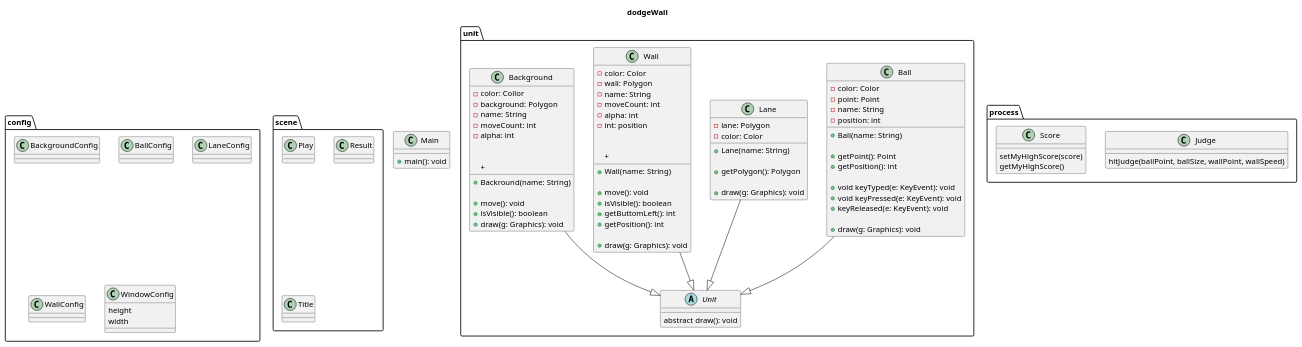
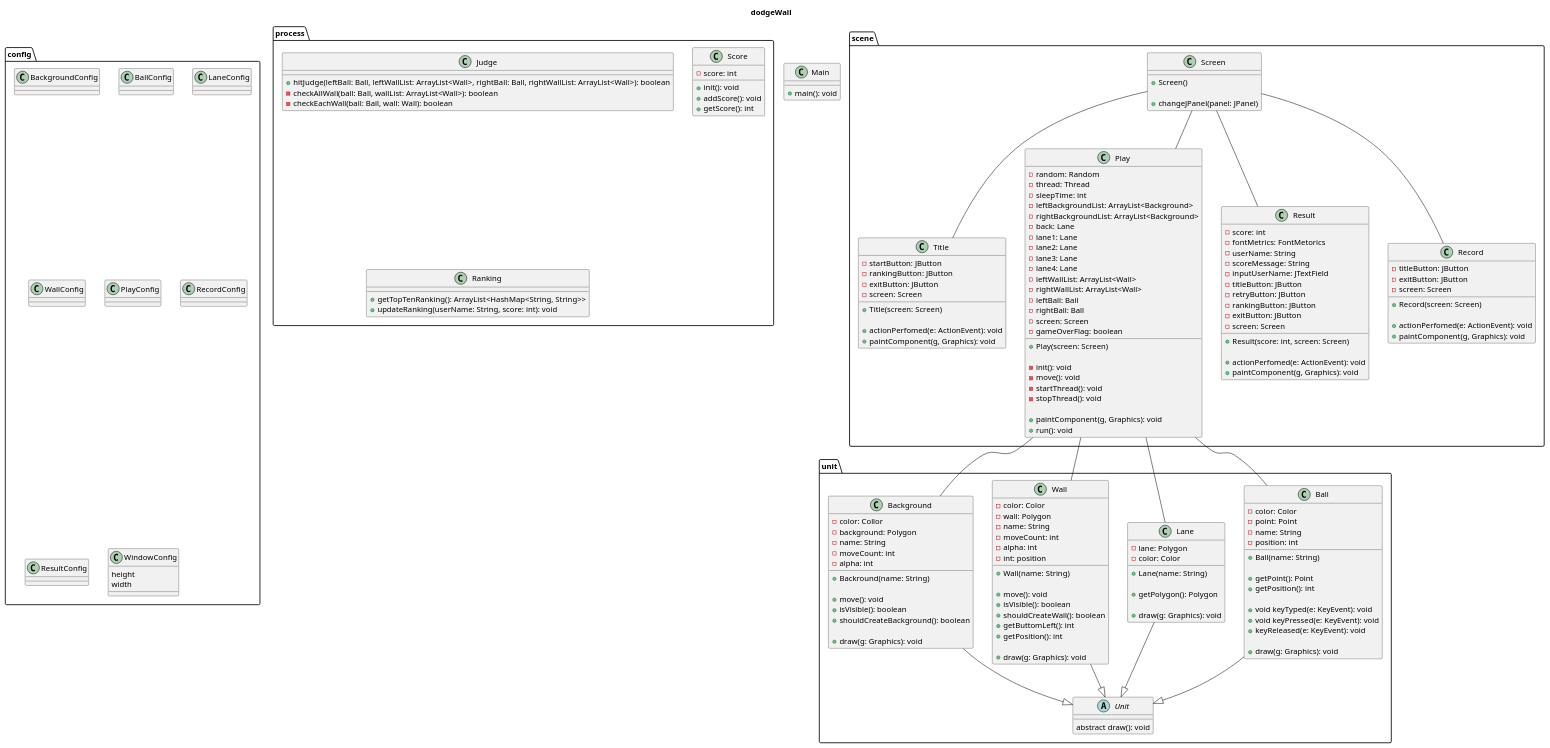
One commit to tokutatsu/DodgeWall changed the diagram in documents/uml/class/class.pu. Above: the diagram before and after it, drawn with PlantUML. The commit also changed 1 other file, not shown here.

Commit message:
config以外のクラス図を完成させた #3

```diff
--- a/documents/uml/class/class.pu
+++ b/documents/uml/class/class.pu
@@ -1,5 +1,9 @@
 @startuml class
 title dodgeWall
+
+class Main {
+    + main(): void
+}
 
 package unit {
     abstract Unit {
@@ -47,7 +51,7 @@
 
         + move(): void
         + isVisible(): boolean
-        + 
+        + shouldCreateWall(): boolean
         + getButtomLeft(): int
         + getPosition(): int
 
@@ -65,7 +69,7 @@
 
         + move(): void
         + isVisible(): boolean
-        +
+        + shouldCreateBackground(): boolean
 
         + draw(g: Graphics): void
     }
@@ -73,6 +77,7 @@
 
 package config {
     class BackgroundConfig {
+
     }
     
     class BallConfig {
@@ -87,6 +92,18 @@
 
     }
 
+    class PlayConfig {
+
+    }
+
+    class RecordConfig {
+
+    }
+
+    class ResultConfig {
+
+    }
+
     class WindowConfig {
         height
         width
@@ -94,32 +111,102 @@
 }
 
 package scene {
+    class Screen {
+        + Screen()
+
+        + changeJPanel(panel: JPanel)
+    }
+
+    class Title {
+        - startButton: JButton
+        - rankingButton: JButton
+        - exitButton: JButton
+        - screen: Screen
+        
+        + Title(screen: Screen)
+
+        + actionPerfomed(e: ActionEvent): void
+        + paintComponent(g, Graphics): void
+    }
+
     class Play {
+        - random: Random
+        - thread: Thread
+        - sleepTime: int
+        - leftBackgroundList: ArrayList<Background>
+        - rightBackgroundList: ArrayList<Background>
+        - back: Lane
+        - lane1: Lane
+        - lane2: Lane
+        - lane3: Lane
+        - lane4: Lane
+        - leftWallList: ArrayList<Wall>
+        - rightWallList: ArrayList<Wall>
+        - leftBall: Ball
+        - rightBall: Ball
+        - screen: Screen
+        - gameOverFlag: boolean
 
+        + Play(screen: Screen)
+
+        - init(): void
+        - move(): void
+        - startThread(): void
+        - stopThread(): void
+
+        + paintComponent(g, Graphics): void
+        + run(): void
     }
 
     class Result {
+        - score: int
+        - fontMetrics: FontMetorics
+        - userName: String
+        - scoreMessage: String
+        - inputUserName: JTextField
+        - titleButton: JButton
+        - retryButton: JButton
+        - rankingButton: JButton
+        - exitButton: JButton
+        - screen: Screen
 
+        + Result(score: int, screen: Screen)
+
+        + actionPerfomed(e: ActionEvent): void
+        + paintComponent(g, Graphics): void
     }
     
-    class Title {
-        
+    class Record {
+        - titleButton: JButton
+        - exitButton: JButton
+        - screen: Screen
+
+        + Record(screen: Screen)
+
+        + actionPerfomed(e: ActionEvent): void
+        + paintComponent(g, Graphics): void
     }
 }
 
 package process {
     class Judge {
-        hitJudge(ballPoint, ballSize, wallPoint, wallSpeed)
+        + hitJudge(leftBall: Ball, leftWallList: ArrayList<Wall>, rightBall: Ball, rightWallList: ArrayList<Wall>): boolean
+        - checkAllWall(ball: Ball, wallList: ArrayList<Wall>): boolean
+        - checkEachWall(ball: Ball, wall: Wall): boolean
     }
 
     class Score {
-        setMyHighScore(score)
-        getMyHighScore()
+        - score: int
+
+        + init(): void
+        + addScore(): void
+        + getScore(): int
     }
-}
 
-class Main {
-    + main(): void
+    class Ranking {
+        + getTopTenRanking(): ArrayList<HashMap<String, String>>
+        + updateRanking(userName: String, score: int): void
+    }
 }
 
 Ball --|> Unit
@@ -127,4 +214,14 @@
 Lane --|> Unit
 Background --|> Unit
 
+Play -- Ball
+Play -- Wall
+Play -- Lane
+Play -- Background
+
+Screen -- Title
+Screen -- Play
+Screen -- Result
+Screen -- Record
+
 @enduml
```
